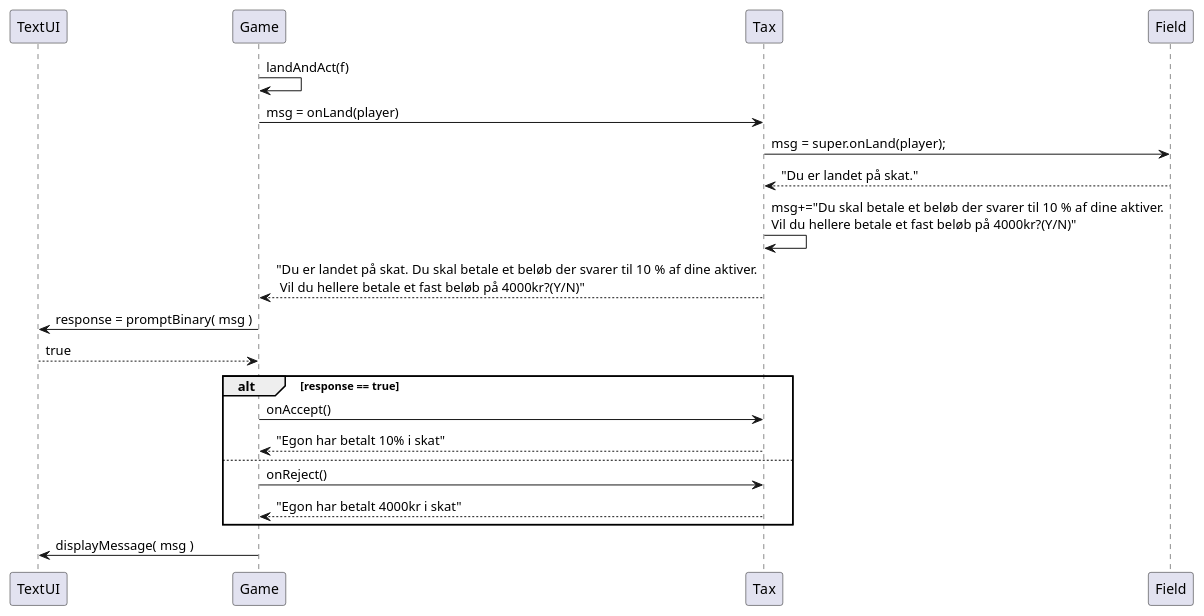
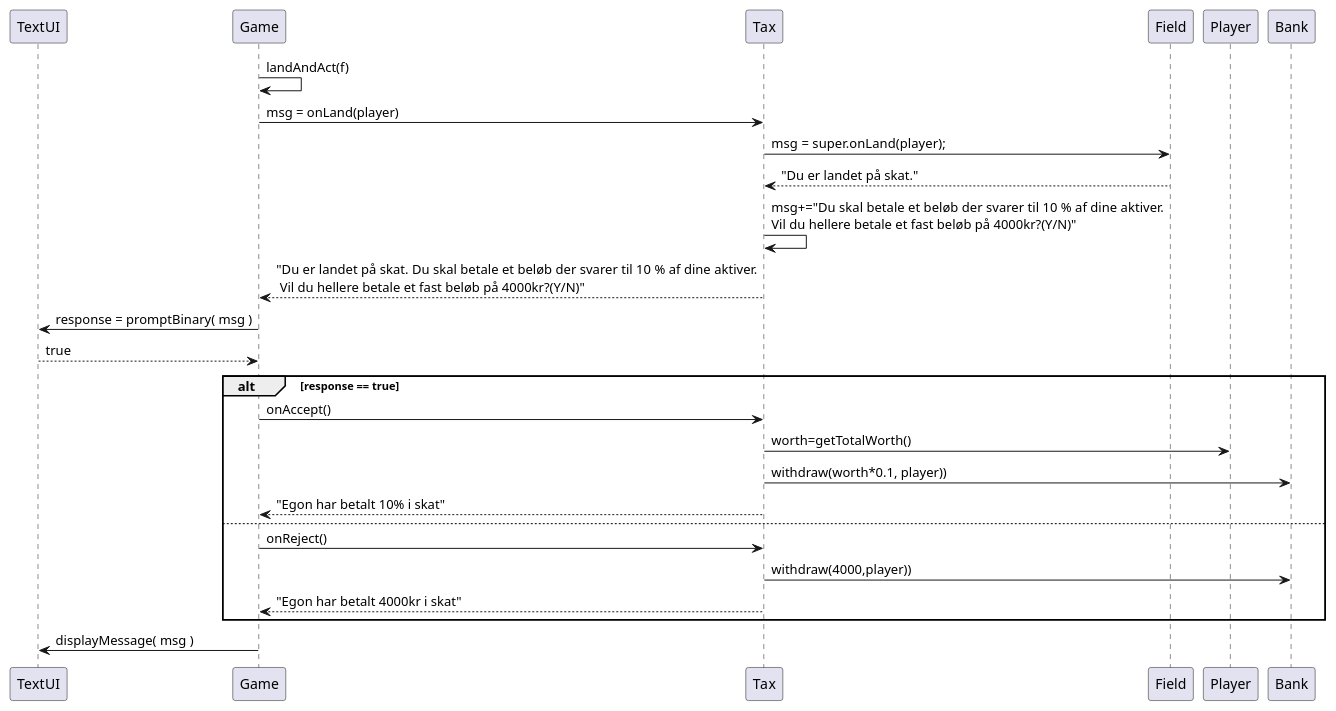
One commit to Dat1Cphbusiness/MonopolyE25 changed the diagram in doc/plan/dynamic/sequence_uc4_landAndAct_tax.puml. Above: the diagram before and after it, drawn with PlantUML.

Commit message:
added plans

```diff
--- a/doc/plan/dynamic/sequence_uc4_landAndAct_tax.puml
+++ b/doc/plan/dynamic/sequence_uc4_landAndAct_tax.puml
@@ -1,35 +1,38 @@
 @startuml
 'https://plantuml.com/sequence-diagram
 participant TextUI as ui
 participant Game as game
 
-participant Tax as subfield
+participant Tax as Tax
 participant Field  as field
 
 
 game -> game : landAndAct(f)
-game -> subfield : msg = onLand(player)
-subfield -> field : msg = super.onLand(player);
-field --> subfield : "Du er landet på skat."
-subfield -> subfield : msg+="Du skal betale et beløb der svarer til 10 % af dine aktiver.\nVil du hellere betale et fast beløb på 4000kr?(Y/N)"
-subfield --> game:   "Du er landet på skat. Du skal betale et beløb der svarer til 10 % af dine aktiver.\n Vil du hellere betale et fast beløb på 4000kr?(Y/N)"
+game -> Tax : msg = onLand(player)
+Tax -> field : msg = super.onLand(player);
+field --> Tax : "Du er landet på skat."
+Tax -> Tax : msg+="Du skal betale et beløb der svarer til 10 % af dine aktiver.\nVil du hellere betale et fast beløb på 4000kr?(Y/N)"
+Tax --> game:   "Du er landet på skat. Du skal betale et beløb der svarer til 10 % af dine aktiver.\n Vil du hellere betale et fast beløb på 4000kr?(Y/N)"
 
 game -> ui : response = promptBinary( msg )
 
 ui --> game : true
 'game -> field : msg = processResponse(player, response)
 
 alt response == true
-     game -> subfield: onAccept()
-     subfield --> game: "Egon har betalt 10% i skat"
+     game -> Tax: onAccept()
+      Tax -> Player: worth=getTotalWorth()
+     Tax -> Bank: withdraw(worth*0.1, player))
+     Tax --> game: "Egon har betalt 10% i skat"
    else
-     game -> subfield: onReject()
-     subfield --> game: "Egon har betalt 4000kr i skat"
+     game -> Tax: onReject()
+      Tax -> Bank: withdraw(4000,player))
+     Tax --> game: "Egon har betalt 4000kr i skat"
 end
 
 
 
 game -> ui : displayMessage( msg )
 
 
 @enduml
```
